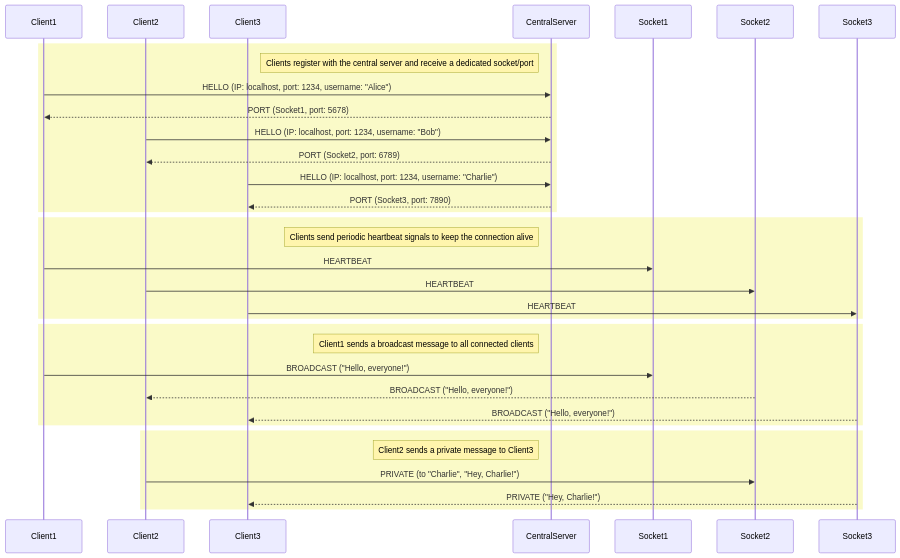
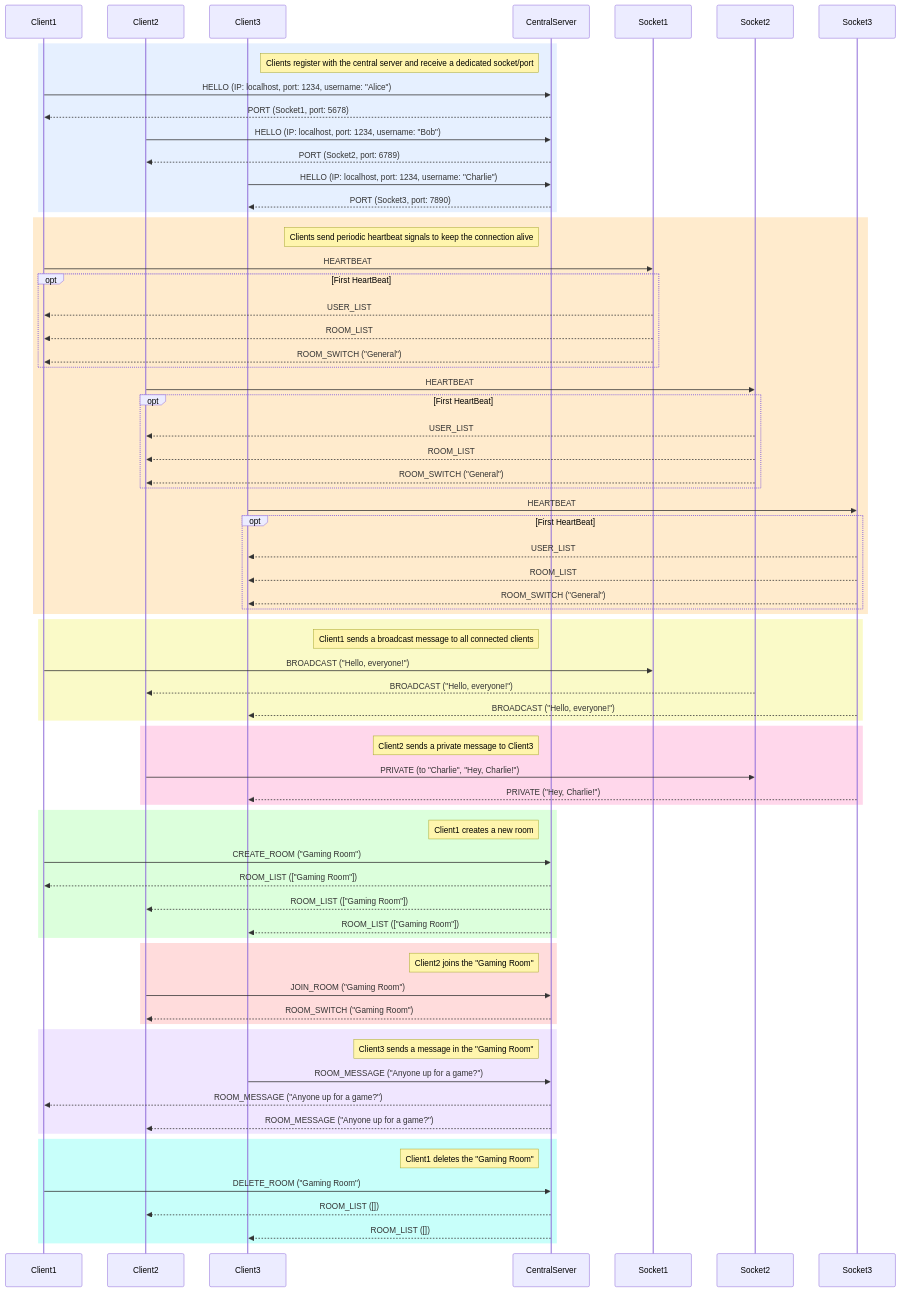
Before and after one commit to FlashOnFire/tpudp: the second of 2 diagrams in readme.md, drawn with Mermaid. The commit also changed other lines of this file, not shown here.

Commit message:
Update readme with detailed command list and diagrams

````diff
--- a/readme.md
+++ b/readme.md
@@ -67,21 +142,39 @@
   participant Socket2 as Socket2
   participant Socket3 as Socket3
 
-  rect rgb(250,250,200)
-    note left of CentralServer: Clients register with the central server and receive a dedicated socket/port
+  rect rgb(230,240,255)
+     note left of CentralServer: Clients register with the central server and receive a dedicated socket/port
     Client1 ->> CentralServer: HELLO (IP: localhost, port: 1234, username: "Alice")
     CentralServer -->> Client1: PORT (Socket1, port: 5678)
+
     Client2 ->> CentralServer: HELLO (IP: localhost, port: 1234, username: "Bob")
     CentralServer -->> Client2: PORT (Socket2, port: 6789)
+
     Client3 ->> CentralServer: HELLO (IP: localhost, port: 1234, username: "Charlie")
     CentralServer -->> Client3: PORT (Socket3, port: 7890)
   end
 
-  rect rgb(250,250,200)
+  rect rgb(255,235,205)
     note left of CentralServer: Clients send periodic heartbeat signals to keep the connection alive
     Client1 ->> Socket1: HEARTBEAT
+    opt First HeartBeat
+        Socket1 -->> Client1: USER_LIST
+        Socket1 -->> Client1: ROOM_LIST
+        Socket1 -->> Client1: ROOM_SWITCH ("General")
+    end
+
     Client2 ->> Socket2: HEARTBEAT
+        opt First HeartBeat
+    Socket2 -->> Client2: USER_LIST
+    Socket2 -->> Client2: ROOM_LIST
+    Socket2 -->> Client2: ROOM_SWITCH ("General")
+    end
     Client3 ->> Socket3: HEARTBEAT
+        opt First HeartBeat
+    Socket3 -->> Client3: USER_LIST
+    Socket3 -->> Client3: ROOM_LIST
+    Socket3 -->> Client3: ROOM_SWITCH ("General")
+    end
   end
 
   rect rgb(250,250,200)
@@ -91,9 +184,37 @@
     Socket3 -->> Client3: BROADCAST ("Hello, everyone!")
   end
 
-  rect rgb(250,250,200)
-    note left of CentralServer: Client2 sends a private message to Client3
+  rect rgb(255,215,235)
+      note left of CentralServer: Client2 sends a private message to Client3
     Client2 ->> Socket2: PRIVATE (to "Charlie", "Hey, Charlie!")
     Socket3 -->> Client3: PRIVATE ("Hey, Charlie!")
   end
+
+    rect rgb(220,255,220)
+    note left of CentralServer: Client1 creates a new room
+    Client1 ->> CentralServer: CREATE_ROOM ("Gaming Room")
+    CentralServer -->> Client1: ROOM_LIST (["Gaming Room"])
+    CentralServer -->> Client2: ROOM_LIST (["Gaming Room"])
+    CentralServer -->> Client3: ROOM_LIST (["Gaming Room"])
+  end
+
+  rect rgb(255,220,220)
+    note left of CentralServer: Client2 joins the "Gaming Room"
+    Client2 ->> CentralServer: JOIN_ROOM ("Gaming Room")
+    CentralServer -->> Client2: ROOM_SWITCH ("Gaming Room")
+  end
+
+    rect rgb(240,230,255)
+    note left of CentralServer: Client3 sends a message in the "Gaming Room"
+    Client3 ->> CentralServer: ROOM_MESSAGE ("Anyone up for a game?")
+    CentralServer -->> Client1: ROOM_MESSAGE ("Anyone up for a game?")
+    CentralServer -->> Client2: ROOM_MESSAGE ("Anyone up for a game?")
+  end
+
+  rect rgb(200,255,250)
+        note left of CentralServer: Client1 deletes the "Gaming Room"
+    Client1 ->> CentralServer: DELETE_ROOM ("Gaming Room")
+    CentralServer -->> Client2: ROOM_LIST ([])
+    CentralServer -->> Client3: ROOM_LIST ([])
+  end
 ```
````
